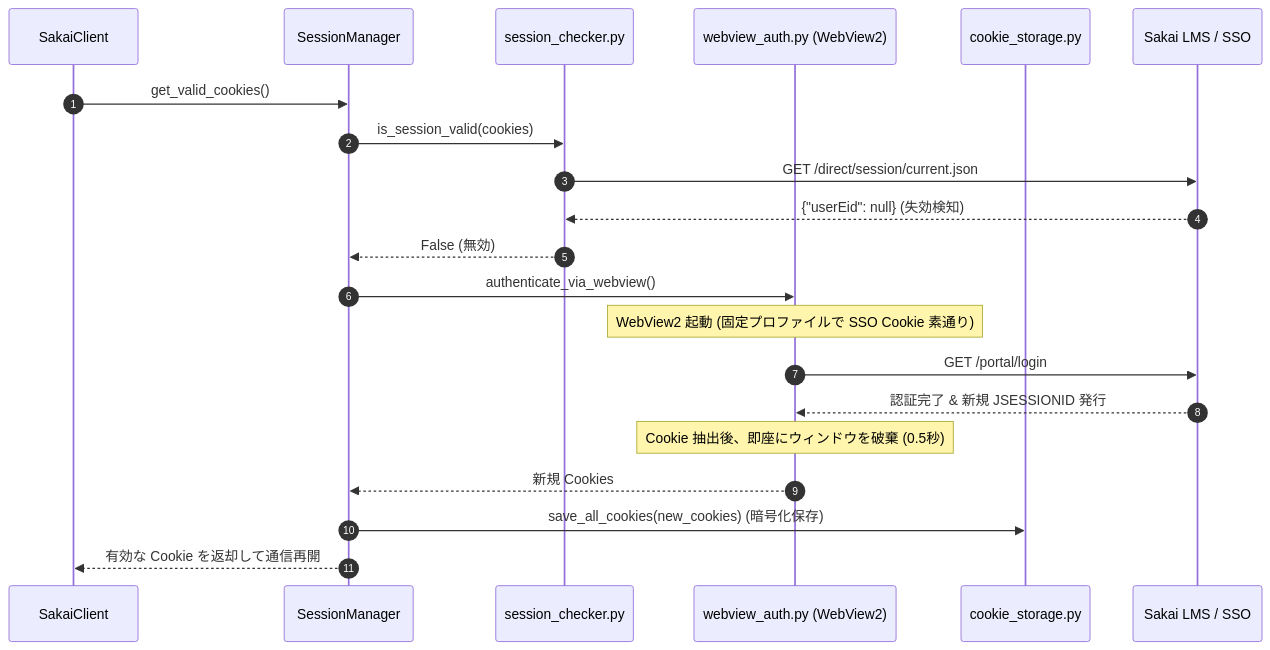
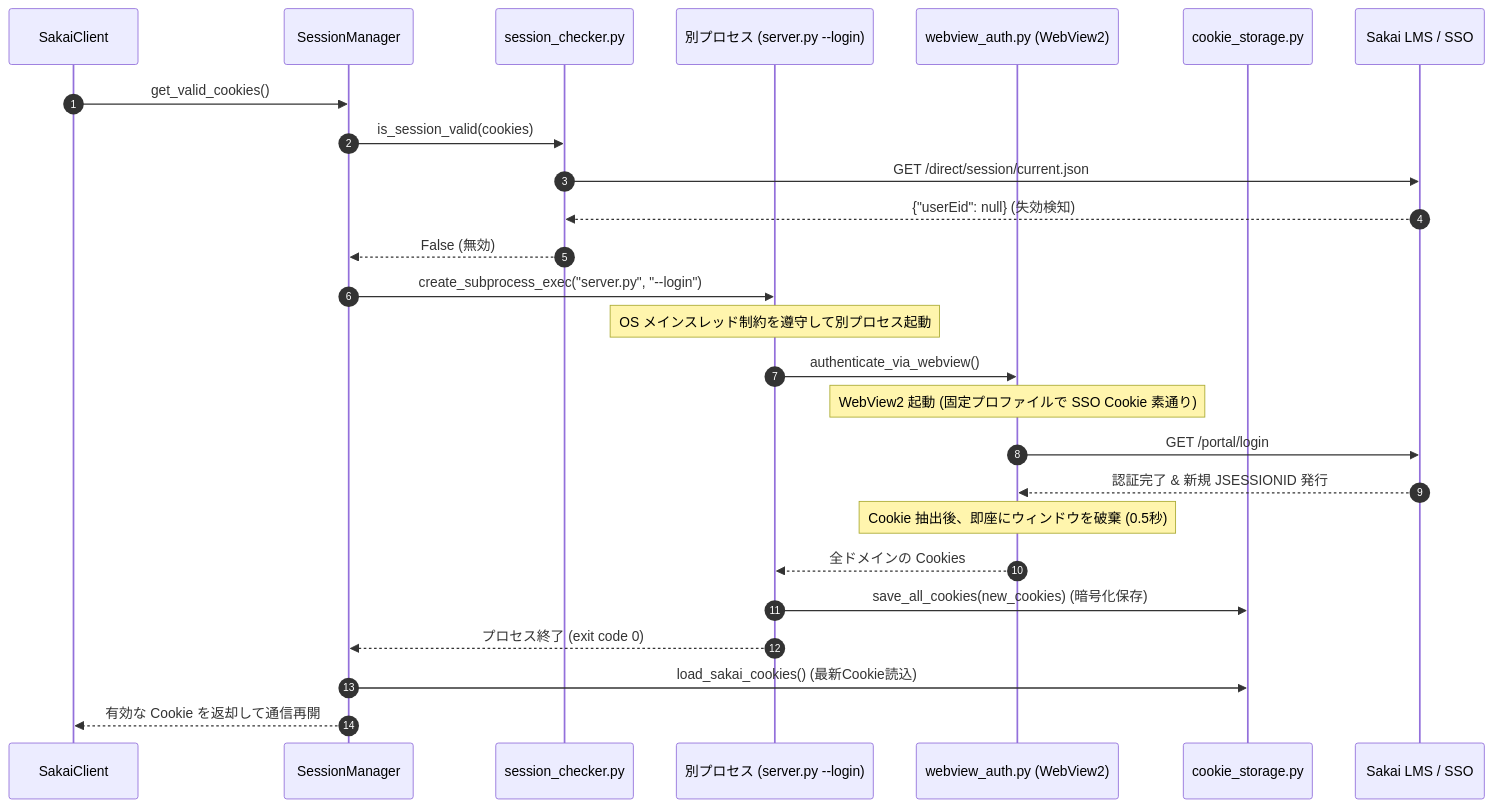
One commit to project-sakai-mcp/sakai-tasks-mcp changed the third of 11 diagrams in docs/architecture.md. Above: the diagram before and after it, drawn with Mermaid. The commit also changed other lines of this file and 1 other file, not shown here.

````diff
--- a/docs/architecture.md
+++ b/docs/architecture.md
@@ -151,25 +151,30 @@
 ```mermaid
 sequenceDiagram
     autonumber
     participant Client as SakaiClient
     participant Auth as SessionManager
     participant Checker as session_checker.py
+    participant Subproc as 別プロセス (server.py --login)
     participant Webview as webview_auth.py (WebView2)
     participant Storage as cookie_storage.py
     participant Sakai as Sakai LMS / SSO
 
     Client->>Auth: get_valid_cookies()
     Auth->>Checker: is_session_valid(cookies)
     Checker->>Sakai: GET /direct/session/current.json
     Sakai-->>Checker: {"userEid": null} (失効検知)
     Checker-->>Auth: False (無効)
     
-    Auth->>Webview: authenticate_via_webview()
+    Auth->>Subproc: create_subprocess_exec("server.py", "--login")
+    Note over Subproc: OS メインスレッド制約を遵守して別プロセス起動
+    Subproc->>Webview: authenticate_via_webview()
     Note over Webview: WebView2 起動 (固定プロファイルで SSO Cookie 素通り)
     Webview->>Sakai: GET /portal/login
     Sakai-->>Webview: 認証完了 & 新規 JSESSIONID 発行
     Note over Webview: Cookie 抽出後、即座にウィンドウを破棄 (0.5秒)
-    Webview-->>Auth: 新規 Cookies
-    Auth->>Storage: save_all_cookies(new_cookies) (暗号化保存)
+    Webview-->>Subproc: 全ドメインの Cookies
+    Subproc->>Storage: save_all_cookies(new_cookies) (暗号化保存)
+    Subproc-->>Auth: プロセス終了 (exit code 0)
+    Auth->>Storage: load_sakai_cookies() (最新Cookie読込)
     Auth-->>Client: 有効な Cookie を返却して通信再開
 ```
````
